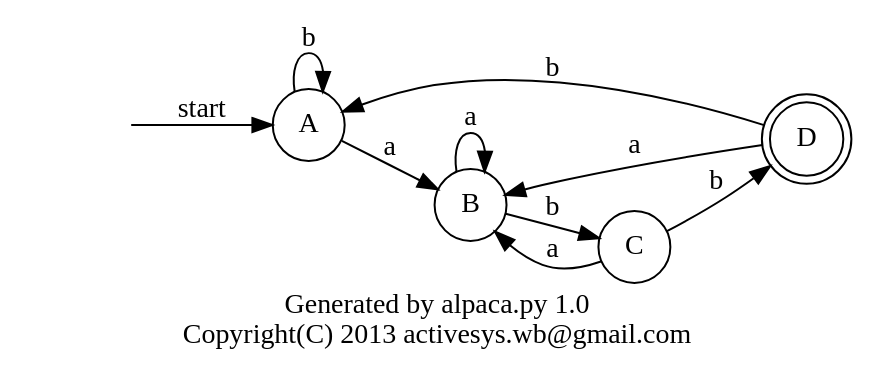
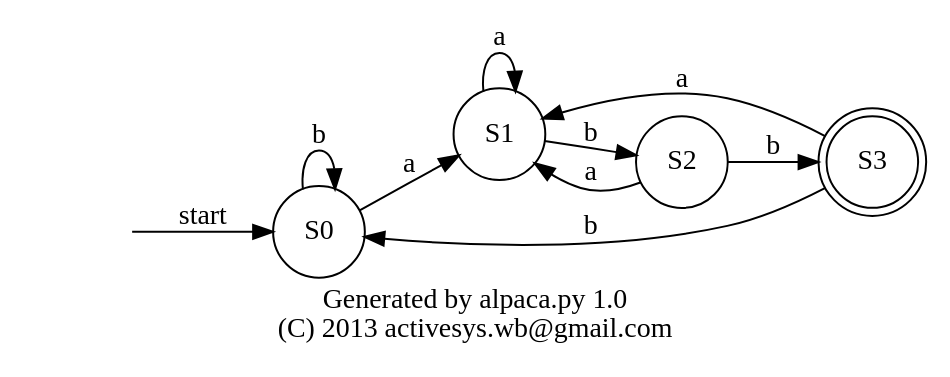
Before and after one commit to activesys/alpaca-llama: the diagram in doc/sample.gv, drawn with Graphviz. The commit also changed 9 other files, not shown here.

```diff
--- a/doc/sample.gv
+++ b/doc/sample.gv
@@ -1,15 +1,15 @@
-digraph sample {
-    graph [rankdir = LR, label = "Generated by alpaca.py 1.0\n Copyright(C) 2013 activesys.wb@gmail.com"];
+digraph G {
+    graph [rankdir = LR, label = "Generated by alpaca.py 1.0\n(C) 2013 activesys.wb@gmail.com"];
     node [shape = circle];
     start [shape = plaintext, label = ""];
-    D [shape = doublecircle];
-    start -> A [label = "start"];
-    A -> A [label = "b"];
-    A -> B [label = "a"];
-    B -> B [label = "a"];
-    B -> C [label = "b"];
-    C -> B [label = "a"];
-    C -> D [label = "b"];
-    D -> B [label = "a"];
-    D -> A [label = "b"];
+    start -> S0 [label = "start"];
+    S3 [shape = doublecircle];
+    S0 -> S0 [label = "b"];
+    S0 -> S1 [label = "a"];
+    S1 -> S1 [label = "a"];
+    S1 -> S2 [label = "b"];
+    S2 -> S1 [label = "a"];
+    S2 -> S3 [label = "b"];
+    S3 -> S1 [label = "a"];
+    S3 -> S0 [label = "b"];
 }
```
